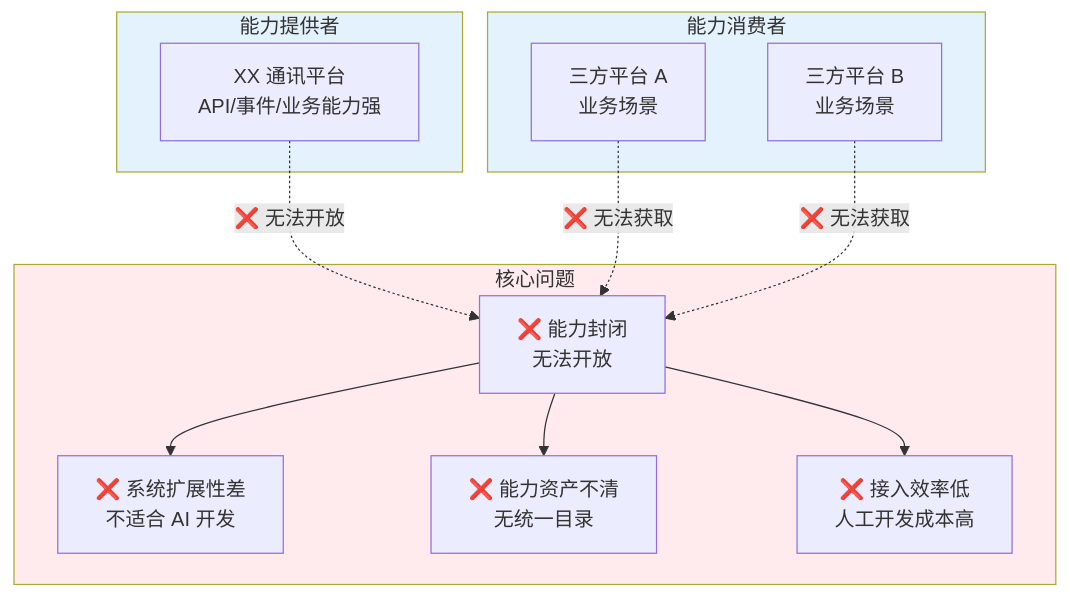
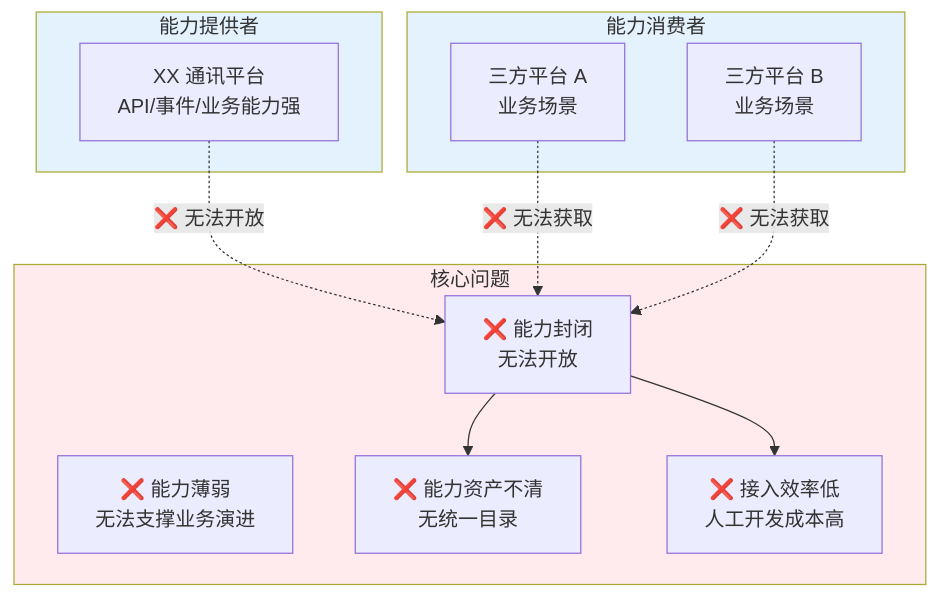
One commit to THZSummer/Product changed the second of 12 diagrams in open-app/.sdd/specs-tree-root/specs-tree-capability-open-platform/discovery-report.md. Above: the diagram before and after it, drawn with Mermaid. The commit also changed other lines of this file and 1 other file, not shown here.

````diff
--- a/open-app/.sdd/specs-tree-root/specs-tree-capability-open-platform/discovery-report.md
+++ b/open-app/.sdd/specs-tree-root/specs-tree-capability-open-platform/discovery-report.md
@@ -88,30 +88,29 @@
 ```mermaid
 graph TB
     subgraph Provider[能力提供者]
         A[XX 通讯平台<br/>API/事件/业务能力强]
     end
     
     subgraph Consumer[能力消费者]
         B[三方平台 A<br/>业务场景]
         C[三方平台 B<br/>业务场景]
     end
     
     subgraph Problems[核心问题]
         P1[❌ 能力封闭<br/>无法开放]
-        P2[❌ 系统扩展性差<br/>不适合 AI 开发]
+        P2[❌ 能力薄弱<br/>无法支撑业务演进]
         P3[❌ 能力资产不清<br/>无统一目录]
         P4[❌ 接入效率低<br/>人工开发成本高]
     end
     
     A -.->|❌ 无法开放 | P1
     B -.->|❌ 无法获取 | P1
     C -.->|❌ 无法获取 | P1
     
-    P1 --> P2
     P1 --> P3
     P1 --> P4
     
     style Provider fill:#e3f2fd
     style Consumer fill:#e3f2fd
     style Problems fill:#ffebee
 ```
````
